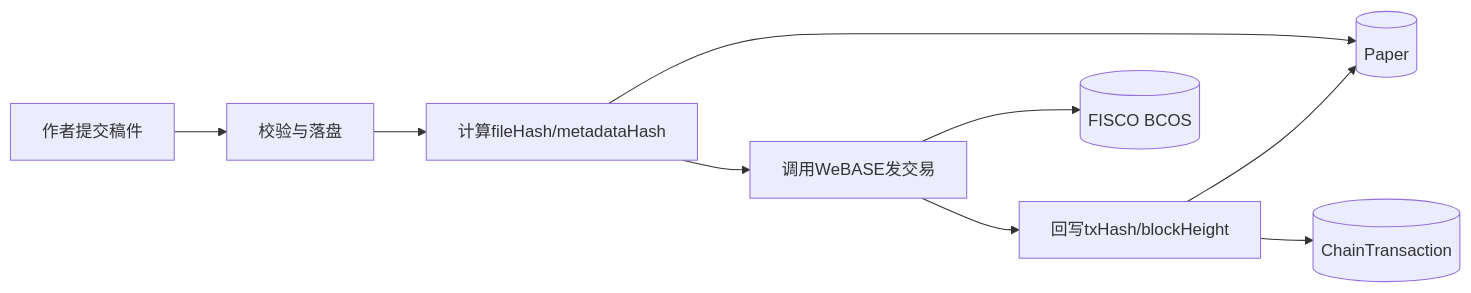
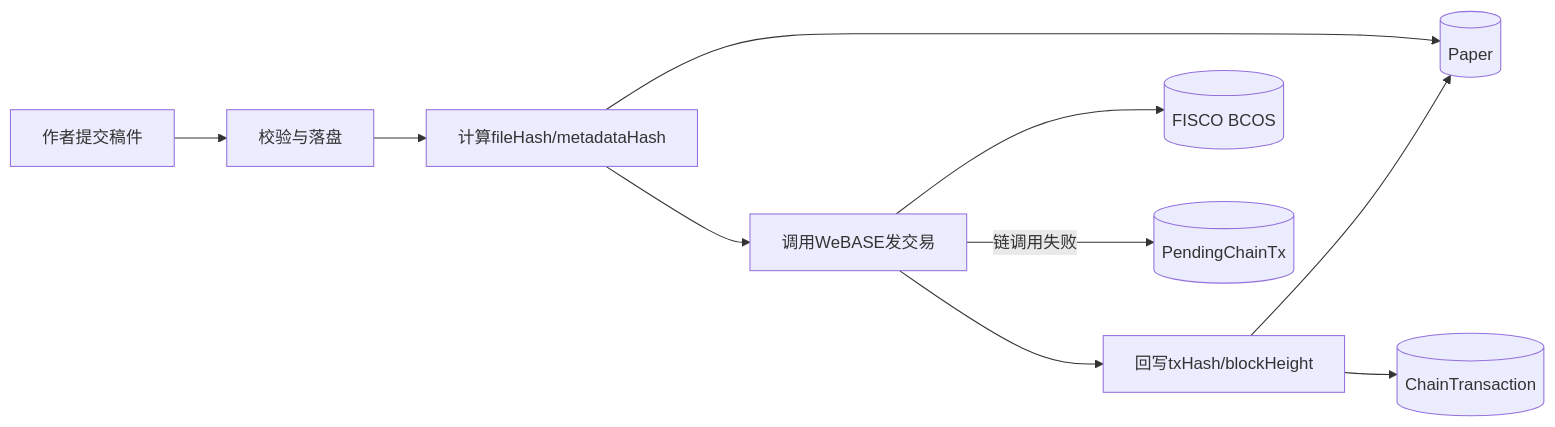
The seventh of 20 diagrams in docs/数据库设计说明书.md (fs36/ConfChain), drawn with Mermaid before and after one commit. The commit also changed other lines of this file and 6 other files, not shown here.

````diff
--- a/docs/数据库设计说明书.md
+++ b/docs/数据库设计说明书.md
@@ -204,11 +210,12 @@
 ```mermaid
 graph LR
   A[作者提交稿件] --> P21[校验与落盘]
   P21 --> P22[计算fileHash/metadataHash]
   P22 --> D2[(Paper)]
   P22 --> P23[调用WeBASE发交易]
   P23 --> C[(FISCO BCOS)]
+  P23 -->|链调用失败| D7[(PendingChainTx)]
   P23 --> P24[回写txHash/blockHeight]
   P24 --> D2
   P24 --> D6[(ChainTransaction)]
 ```
````
